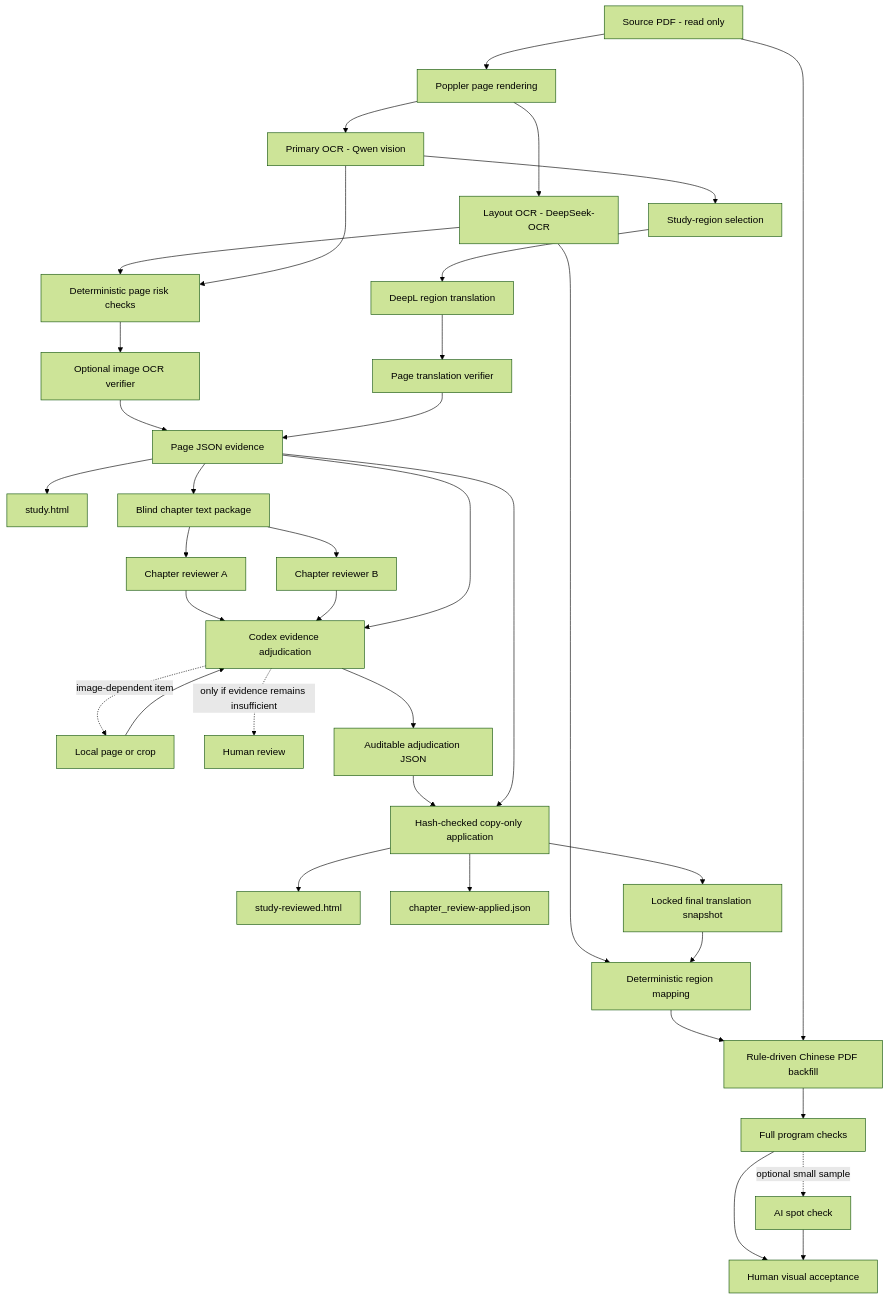
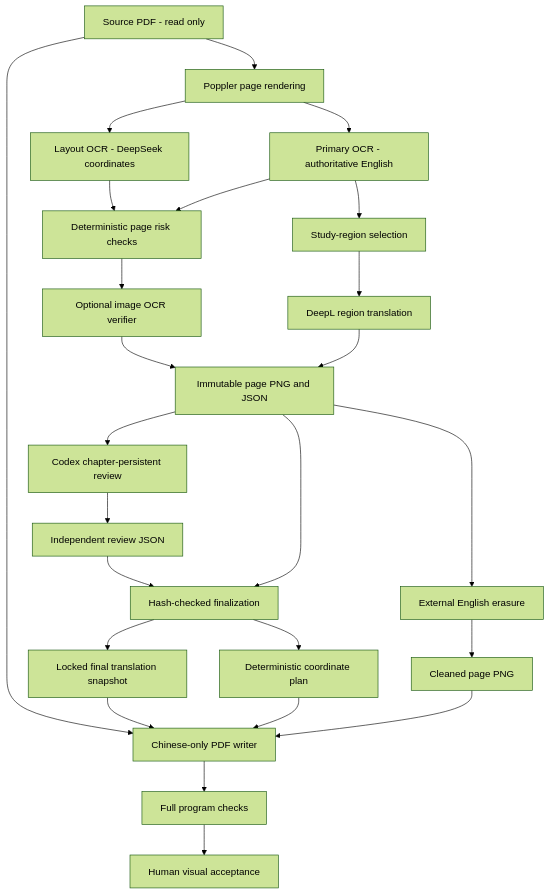
Before and after one commit to clannad2000/ocr-demo: the diagram in docs/ocr-pipeline.mmd, drawn with Mermaid (forest theme). The commit also changed 15 other files, not shown here.

```diff
--- a/docs/ocr-pipeline.mmd
+++ b/docs/ocr-pipeline.mmd
@@ -1,36 +1,25 @@
 flowchart TD
   PDF["Source PDF - read only"] --> R["Poppler page rendering"]
-  R --> LO["Layout OCR - DeepSeek-OCR"]
-  R --> PO["Primary OCR - Qwen vision"]
+  R --> LO["Layout OCR - DeepSeek coordinates"]
+  R --> PO["Primary OCR - authoritative English"]
   LO --> DR["Deterministic page risk checks"]
   PO --> DR
   DR --> OV["Optional image OCR verifier"]
   PO --> SEL["Study-region selection"]
   SEL --> TR["DeepL region translation"]
-  TR --> TV["Page translation verifier"]
-  OV --> PAGE["Page JSON evidence"]
-  TV --> PAGE
-  PAGE --> BASE["study.html"]
-  PAGE --> BLIND["Blind chapter text package"]
-  BLIND --> QA["Chapter reviewer A"]
-  BLIND --> QB["Chapter reviewer B"]
-  QA --> CODEX["Codex evidence adjudication"]
-  QB --> CODEX
-  PAGE --> CODEX
-  CODEX -. "image-dependent item" .-> CROP["Local page or crop"]
-  CROP --> CODEX
-  CODEX -. "only if evidence remains insufficient" .-> HUMAN["Human review"]
-  CODEX --> ADJ["Auditable adjudication JSON"]
-  ADJ --> APPLY["Hash-checked copy-only application"]
-  PAGE --> APPLY
-  APPLY --> FINAL["study-reviewed.html"]
-  APPLY --> LOG["chapter_review-applied.json"]
-  APPLY --> SNAP["Locked final translation snapshot"]
-  LO --> MAP["Deterministic region mapping"]
-  SNAP --> MAP
-  MAP --> FILL["Rule-driven Chinese PDF backfill"]
-  PDF --> FILL
-  FILL --> PQA["Full program checks"]
-  PQA -. "optional small sample" .-> ASPOT["AI spot check"]
+  OV --> PAGE["Immutable page PNG and JSON"]
+  TR --> PAGE
+  PAGE --> BOOK["Codex chapter-persistent review"]
+  BOOK --> DEC["Independent review JSON"]
+  DEC --> FINALIZE["Hash-checked finalization"]
+  PAGE --> FINALIZE
+  FINALIZE --> SNAP["Locked final translation snapshot"]
+  FINALIZE --> MAP["Deterministic coordinate plan"]
+  PAGE --> ERASE["External English erasure"]
+  ERASE --> CLEAN["Cleaned page PNG"]
+  PDF --> WRITE["Chinese-only PDF writer"]
+  SNAP --> WRITE
+  MAP --> WRITE
+  CLEAN --> WRITE
+  WRITE --> PQA["Full program checks"]
   PQA --> HV["Human visual acceptance"]
-  ASPOT --> HV
```
